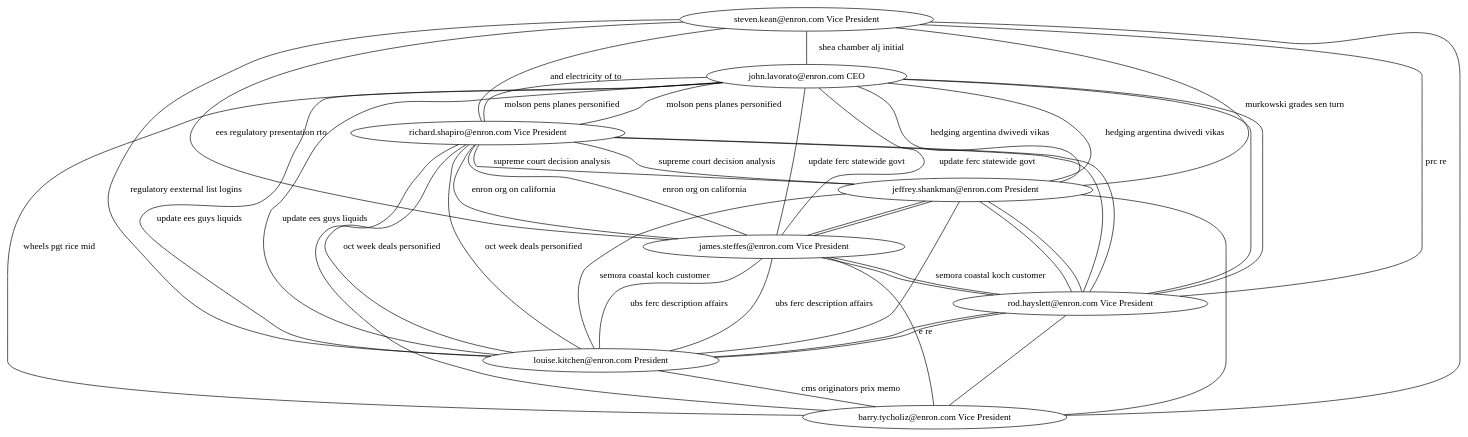
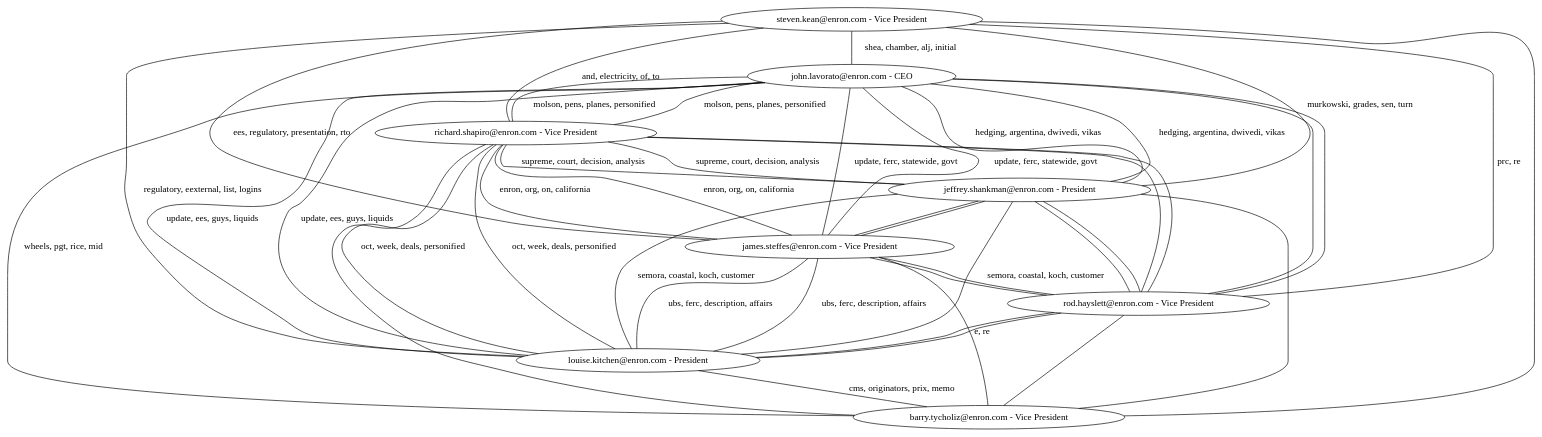
The diagram in test-output/round-table.gv (npxquynh/tts4), drawn with Graphviz before and after one commit. The commit also changed 2 other files, not shown here.

```diff
--- a/test-output/round-table.gv
+++ b/test-output/round-table.gv
@@ -1,54 +1,54 @@
 // Information Flow - Enron
 graph {
-	0 [label="steven.kean@enron.com Vice President"]
-	1 [label="john.lavorato@enron.com CEO"]
-	2 [label="richard.shapiro@enron.com Vice President"]
-	3 [label="jeffrey.shankman@enron.com President"]
-	4 [label="louise.kitchen@enron.com President"]
-	5 [label="rod.hayslett@enron.com Vice President"]
-	6 [label="james.steffes@enron.com Vice President"]
-	7 [label="barry.tycholiz@enron.com Vice President"]
-		4 -- 7 [label="cms originators prix memo"]
-		1 -- 3 [label="hedging argentina dwivedi vikas"]
-		6 -- 4 [label="ubs ferc description affairs"]
+	0 [label="steven.kean@enron.com - Vice President"]
+	1 [label="john.lavorato@enron.com - CEO"]
+	2 [label="richard.shapiro@enron.com - Vice President"]
+	3 [label="jeffrey.shankman@enron.com - President"]
+	4 [label="louise.kitchen@enron.com - President"]
+	5 [label="rod.hayslett@enron.com - Vice President"]
+	6 [label="james.steffes@enron.com - Vice President"]
+	7 [label="barry.tycholiz@enron.com - Vice President"]
+		4 -- 7 [label="cms, originators, prix, memo"]
+		1 -- 3 [label="hedging, argentina, dwivedi, vikas"]
+		6 -- 4 [label="ubs, ferc, description, affairs"]
 		5 -- 6 [label=""]
 		5 -- 4 [label=""]
 		0 -- 7 [label=""]
-		6 -- 2 [label="enron org on california"]
-		1 -- 6 [label="update ferc statewide govt"]
+		6 -- 2 [label="enron, org, on, california"]
+		1 -- 6 [label="update, ferc, statewide, govt"]
 		5 -- 1 [label=""]
 		3 -- 7 [label=""]
 		2 -- 5 [label=""]
-		0 -- 3 [label="murkowski grades sen turn"]
-		1 -- 2 [label="molson pens planes personified"]
-		6 -- 7 [label="e re"]
+		0 -- 3 [label="murkowski, grades, sen, turn"]
+		1 -- 2 [label="molson, pens, planes, personified"]
+		6 -- 7 [label="e, re"]
 		6 -- 3 [label=""]
 		1 -- 5 [label=""]
 		3 -- 6 [label=""]
-		0 -- 4 [label="regulatory eexternal list logins"]
+		0 -- 4 [label="regulatory, eexternal, list, logins"]
 		5 -- 7 [label=""]
 		5 -- 3 [label=""]
-		4 -- 1 [label="update ees guys liquids"]
+		4 -- 1 [label="update, ees, guys, liquids"]
 		2 -- 7 [label=""]
-		3 -- 2 [label="supreme court decision analysis"]
-		2 -- 6 [label="enron org on california"]
+		3 -- 2 [label="supreme, court, decision, analysis"]
+		2 -- 6 [label="enron, org, on, california"]
 		4 -- 5 [label=""]
-		1 -- 4 [label="update ees guys liquids"]
-		0 -- 5 [label="prc re"]
-		2 -- 1 [label="molson pens planes personified"]
-		4 -- 2 [label="oct week deals personified"]
+		1 -- 4 [label="update, ees, guys, liquids"]
+		0 -- 5 [label="prc, re"]
+		2 -- 1 [label="molson, pens, planes, personified"]
+		4 -- 2 [label="oct, week, deals, personified"]
 		6 -- 5 [label=""]
 		3 -- 5 [label=""]
-		0 -- 1 [label="shea chamber alj initial"]
-		4 -- 6 [label="ubs ferc description affairs"]
+		0 -- 1 [label="shea, chamber, alj, initial"]
+		4 -- 6 [label="ubs, ferc, description, affairs"]
 		5 -- 2 [label=""]
-		6 -- 1 [label="update ferc statewide govt"]
-		3 -- 1 [label="hedging argentina dwivedi vikas"]
-		0 -- 2 [label="and electricity of to"]
-		0 -- 6 [label="ees regulatory presentation rto"]
-		4 -- 3 [label="semora coastal koch customer"]
-		1 -- 7 [label="wheels pgt rice mid"]
-		2 -- 3 [label="supreme court decision analysis"]
-		3 -- 4 [label="semora coastal koch customer"]
-		2 -- 4 [label="oct week deals personified"]
+		6 -- 1 [label="update, ferc, statewide, govt"]
+		3 -- 1 [label="hedging, argentina, dwivedi, vikas"]
+		0 -- 2 [label="and, electricity, of, to"]
+		0 -- 6 [label="ees, regulatory, presentation, rto"]
+		4 -- 3 [label="semora, coastal, koch, customer"]
+		1 -- 7 [label="wheels, pgt, rice, mid"]
+		2 -- 3 [label="supreme, court, decision, analysis"]
+		3 -- 4 [label="semora, coastal, koch, customer"]
+		2 -- 4 [label="oct, week, deals, personified"]
 }
```
